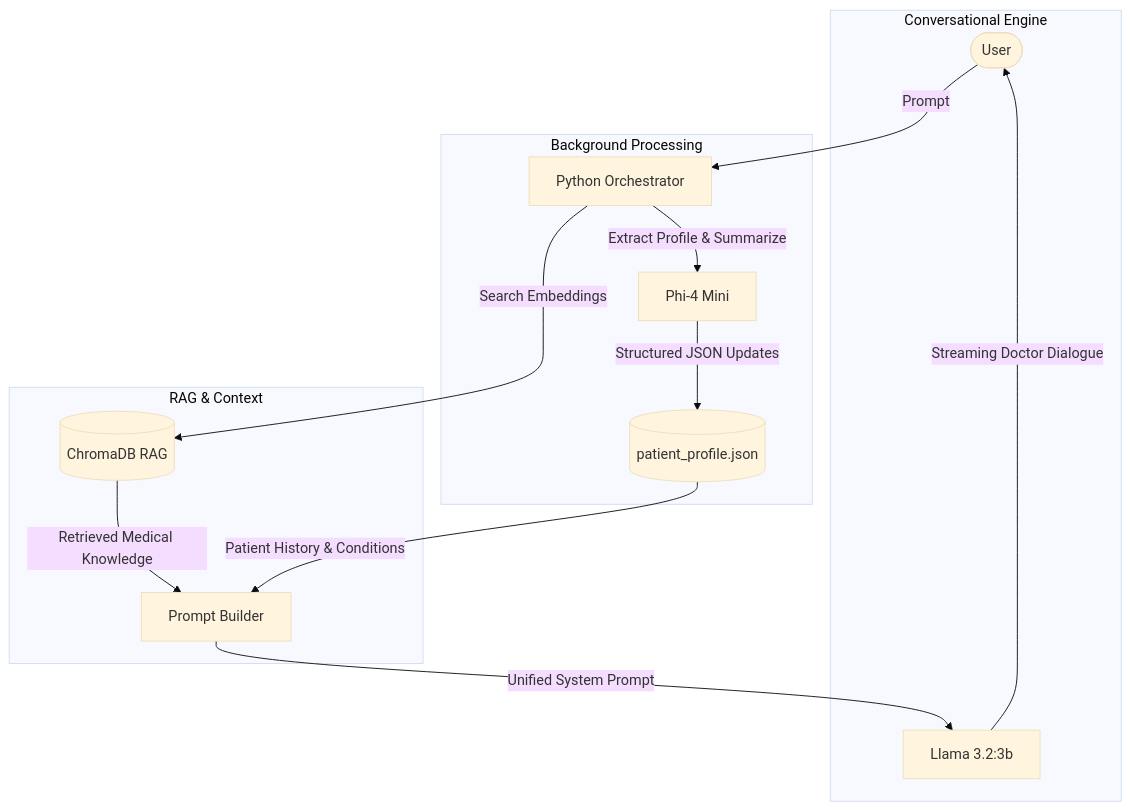
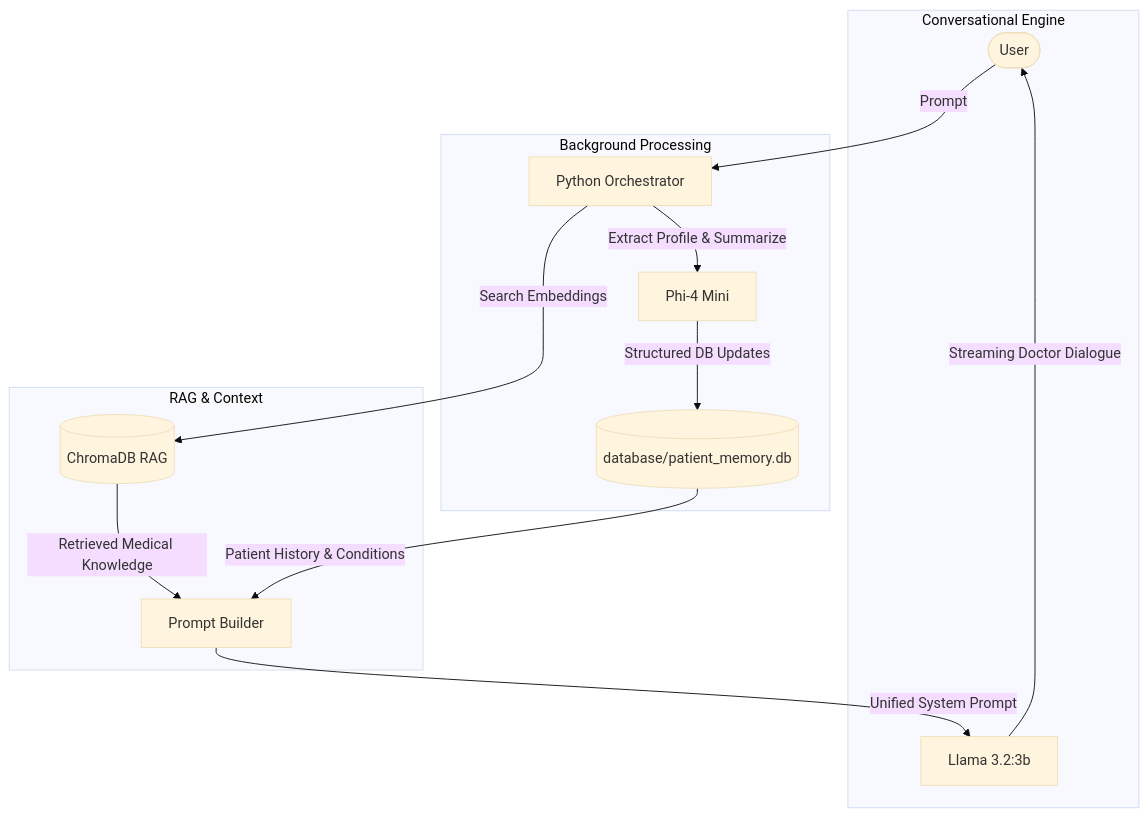
Before and after one commit to TheProgrammer400/LLM-RAG: the diagram in model_roles.md, drawn with Mermaid (base theme). The commit also changed 12 other files, not shown here.

````diff
--- a/model_roles.md
+++ b/model_roles.md
@@ -11,20 +11,20 @@
 ```mermaid
 flowchart TD
     User([User]) -->|Prompt| PythonOrchestrator[Python Orchestrator]
     
     subgraph Background Processing
         PythonOrchestrator -->|Extract Profile & Summarize| Phi4[Phi-4 Mini]
-        Phi4 -->|Structured JSON Updates| Profile[(patient_profile.json)]
+        Phi4 -->|Structured DB Updates| Profile[(database/patient_memory.db)]
     end
 
     subgraph RAG & Context
         PythonOrchestrator -->|Search Embeddings| VectorDB[(ChromaDB RAG)]
         VectorDB -->|Retrieved Medical Knowledge| PromptBuilder[Prompt Builder]
         Profile -->|Patient History & Conditions| PromptBuilder
     end
 
     subgraph Conversational Engine
         PromptBuilder -->|Unified System Prompt| Llama[Llama 3.2:3b]
         Llama -->|Streaming Doctor Dialogue| User
     end
 ```
````
